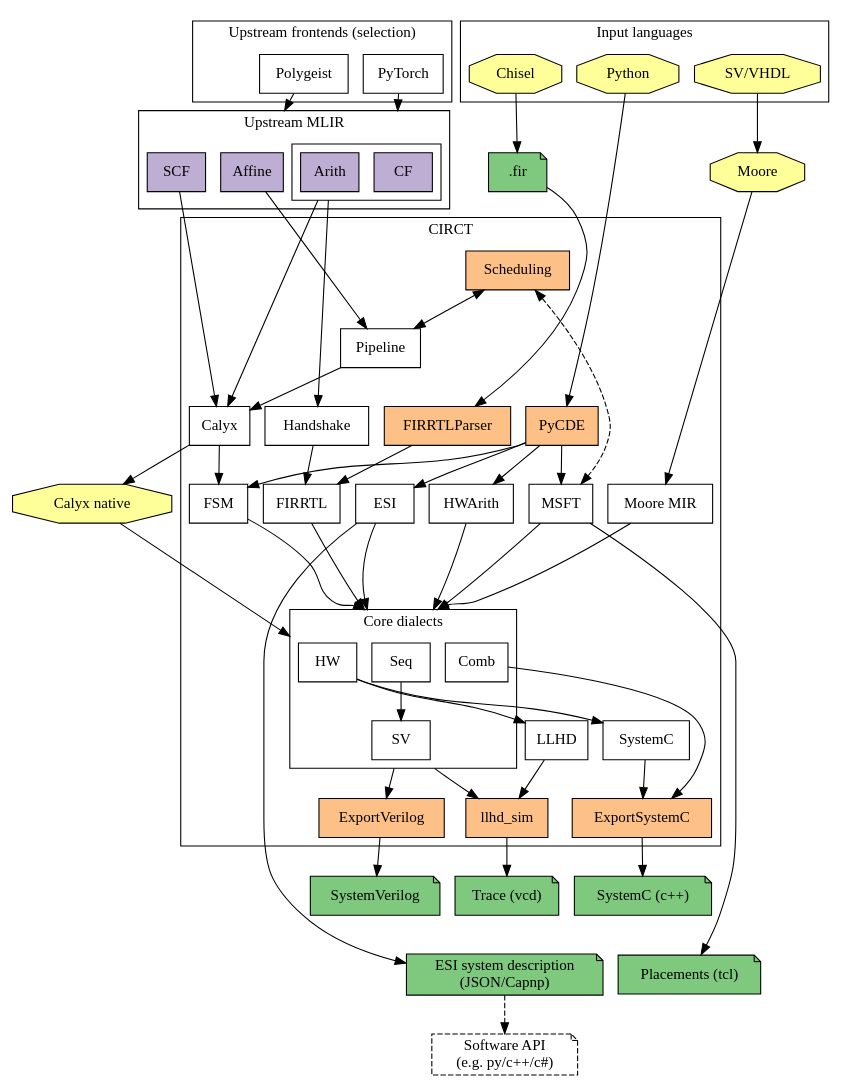
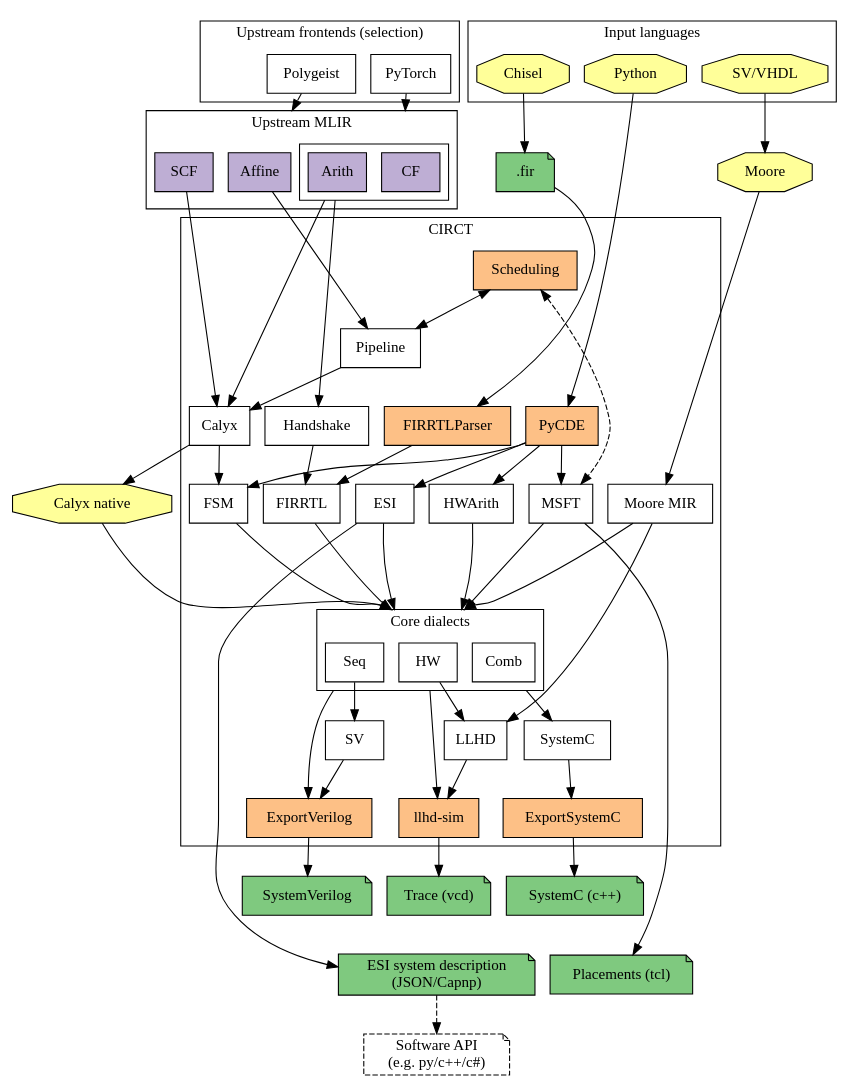
Before and after one commit to thomasnormal/circt: the diagram in docs/dialects.dot, drawn with Graphviz. The commit also changed 2 other files, not shown here.

Commit message:
[Docs] Update dialects diagram (#4121)
* Remove arrow from Comb to ExportSystemC since it has to be lowered
  through SystemC
* Add arrow from Moore to LLHD since it lowers things that Seq/HW/Comb
  cannot represent to LLHD
* Move SV from the Core Dialects cluster to the backend dialects since
  it is targeted towards printing and not analysis and transformations

```diff
--- a/docs/dialects.dot
+++ b/docs/dialects.dot
@@ -1,155 +1,165 @@
 digraph G {
   // Note: Remember to run the circt/utils/update-docs-dialects.sh script after
   // modifying this file to regenerate the .svg and .png renders of the graph.
   rankdir = TB
   splines=spline
   node [shape=box style=filled fillcolor="white"]
   nodesep=0.2 // horizontal compression
   ranksep=0.5 // vertical compression
   compound=true
 
   // MLIR frontends
   subgraph cluster_mlir_frontends {
     label = "Upstream frontends (selection)"
     PyTorch
     Polygeist
   }
 
   // MLIR dialects
   subgraph cluster_mlir {
     label = "Upstream MLIR";
     node [fillcolor="#beaed4"]
     SCF Affine
     subgraph cluster_std_arith_dialect {
       label = ""
       CF
       Arith
     }
   }
   PyTorch -> CF [lhead=cluster_mlir]
   Polygeist -> Affine [lhead=cluster_mlir]
 
   subgraph cluster_circt {
     label = "CIRCT"
+    // Internal frontend tools
+    subgraph frontend_internal_tools{
+      node [fillcolor="#fdc086"]
+      FIRRTLParser
+      PyCDE [URL="https://circt.llvm.org/docs/PyCDE/"]
+      Scheduling [URL="https://circt.llvm.org/docs/Scheduling/"]
+    }
+
     // CIRCT dialects
     Handshake [URL="https://circt.llvm.org/docs/Dialects/Handshake/"]
     Calyx [URL="https://circt.llvm.org/docs/Dialects/Calyx/"]
     FIRRTL [URL="https://circt.llvm.org/docs/Dialects/FIRRTL/"]
     Pipeline [URL="https://circt.llvm.org/docs/Dialects/Pipeline/"]
     MSFT [URL="https://circt.llvm.org/docs/Dialects/MSFT/"]
     ESI [URL="https://circt.llvm.org/docs/Dialects/ESI/"]
     FSM [URL="https://circt.llvm.org/docs/Dialects/FSM/"]
     HWArith [URL="https://circt.llvm.org/docs/Dialects/HWArith/"]
-    SystemC [URL="https://circt.llvm.org/docs/Dialects/SystemC/"]
     MooreMIR [URL="https://circt.llvm.org/docs/Dialects/Moore/", label="Moore MIR"]
 
     // Invisible node to make space for RTL cluster's incoming edges.
     space_above_RTL [style = invis, label=""]
 
+    // Core dialects
     subgraph cluster_RTL {
       label = "Core dialects"
       Seq [URL="https://circt.llvm.org/docs/Dialects/Seq/"]
       HW [URL="https://circt.llvm.org/docs/Dialects/HW/"]
-      SV [URL="https://circt.llvm.org/docs/Dialects/SV/"]
       Comb [URL="https://circt.llvm.org/docs/Dialects/Comb/"]
     }
     LLHD [URL="https://circt.llvm.org/docs/Dialects/LLHD/"]
 
-    // Internal tools
-    subgraph internal_tools{
+    // Backend dialects
+    SV [URL="https://circt.llvm.org/docs/Dialects/SV/"]
+    SystemC [URL="https://circt.llvm.org/docs/Dialects/SystemC/"]
+
+    subgraph backend_internal_tools{
       node [fillcolor="#fdc086"]
-      FIRRTLParser llhd_sim ExportSystemC
+      llhd_sim [label="llhd-sim"]
+      ExportSystemC
       ExportVerilog [URL="https://circt.llvm.org/docs/VerilogGeneration/"]
-      PyCDE [URL="https://circt.llvm.org/docs/PyCDE/"]
-      Scheduling [URL="https://circt.llvm.org/docs/Scheduling/"]
     }
   }
 
   // External tools
   subgraph external_tools {
     node [shape=octagon fillcolor="#ffff99"]
     Moore 
     Calyx_native [label="Calyx native"]
   }
 
   FIRFile [label=".fir" fillcolor="#7fc97f" shape="note"]
 
   subgraph cluster_input_langs {
     label = "Input languages"
     node [shape=octagon fillcolor="#ffff99"]
     Chisel
     SVVHDL [label="SV/VHDL"]
     PyFile [label="Python"]
   }
 
   // Output file formats
   subgraph output_file_formats {
     node [fillcolor="#7fc97f" shape="note"]
     VCDTrace [label="Trace (vcd)"]
     SystemCFile [label="SystemC (c++)"]
     SVFile [label="SystemVerilog"]
     ServiceDesc [label="ESI system description\n(JSON/Capnp)"]
     SoftwareAPI [label="Software API\n(e.g. py/c++/c#)" style=dashed]
     TCL [label="Placements (tcl)"]
   }
 
   // ===== Connections =====
   // Dialect conversions
   SCF -> Calyx
   Affine -> Pipeline
   Pipeline -> Calyx
   Arith -> {Handshake Calyx} [ltail=cluster_std_arith_dialect]
 
   Handshake -> FIRRTL
   Calyx -> FSM
 
   // Things that lower into a subset of the RTL-like dialects. Cluster these
   // together to avoid a massive clutter.
-  {FIRRTL FSM ESI MSFT HWArith MooreMIR} -> Seq [lhead=cluster_RTL]
+  {FIRRTL FSM ESI MSFT HWArith MooreMIR} -> HW [lhead=cluster_RTL]
   Seq -> SV
-  HW -> LLHD
-  HW -> SystemC
+  {HW MooreMIR} -> LLHD
+  Comb -> SystemC [ltail=cluster_RTL]
   ExportVerilog -> SVFile
 
   // Tool flows
   Scheduling -> Pipeline [dir=both]
   Chisel -> FIRFile
   FIRFile -> FIRRTLParser
   FIRRTLParser -> FIRRTL
-  {SystemC, Comb} -> ExportSystemC
+  SystemC -> ExportSystemC
   ExportSystemC -> SystemCFile
-  SV -> ExportVerilog [ltail=cluster_RTL]
-  SV -> llhd_sim [ltail=cluster_RTL]
+  SV -> ExportVerilog
+  Seq -> ExportVerilog [ltail=cluster_RTL]
+  HW -> llhd_sim [ltail=cluster_RTL]
   SVVHDL -> Moore [weight=999]
   Moore -> MooreMIR
   Calyx -> Calyx_native
   Calyx_native -> HW [lhead=cluster_RTL]
   LLHD -> llhd_sim
   llhd_sim -> VCDTrace
   //ESI -> CapNProto
   ESI -> ServiceDesc
   MSFT -> TCL
   PyFile -> PyCDE
   PyCDE -> ESI
   PyCDE -> MSFT
   PyCDE -> HWArith
   PyCDE -> FSM
   Scheduling -> MSFT [dir=both, style=dashed]
   ServiceDesc -> SoftwareAPI [style=dashed]
 
   // ====== Some fake edges to coerce a good layout ======
   // Note: Modify these if you make changes to the above diagram, and things
   // start looking weird.
 
   // Leave one rank free above the RTL cluster to improve routing of incoming
   // edges.
   {FIRRTL FSM ESI MSFT HWArith MooreMIR} -> space_above_RTL [weight=999, style=invis]
   space_above_RTL -> {Seq HW Comb} [lhead=cluster_RTL, weight=999, style=invis]
 
   // Fix the following sink nodes below the CIRCT cluster
   SystemCFile -> {TCL ServiceDesc} [weight=999 style=invis]
 
   // Better organize the top.
   {PyTorch Polygeist Chisel} -> CF [weight=999 style=invis]
   FIRFile -> Scheduling [weight=999 style=invis]
 }
```
